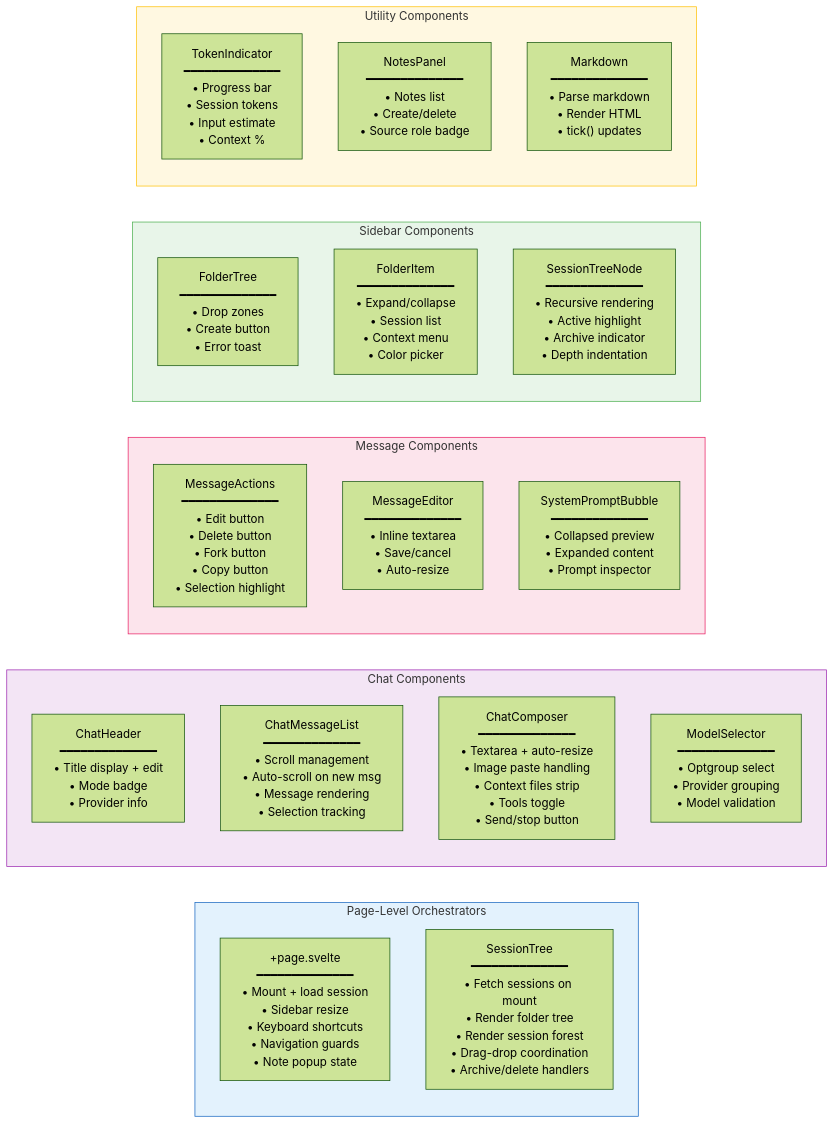
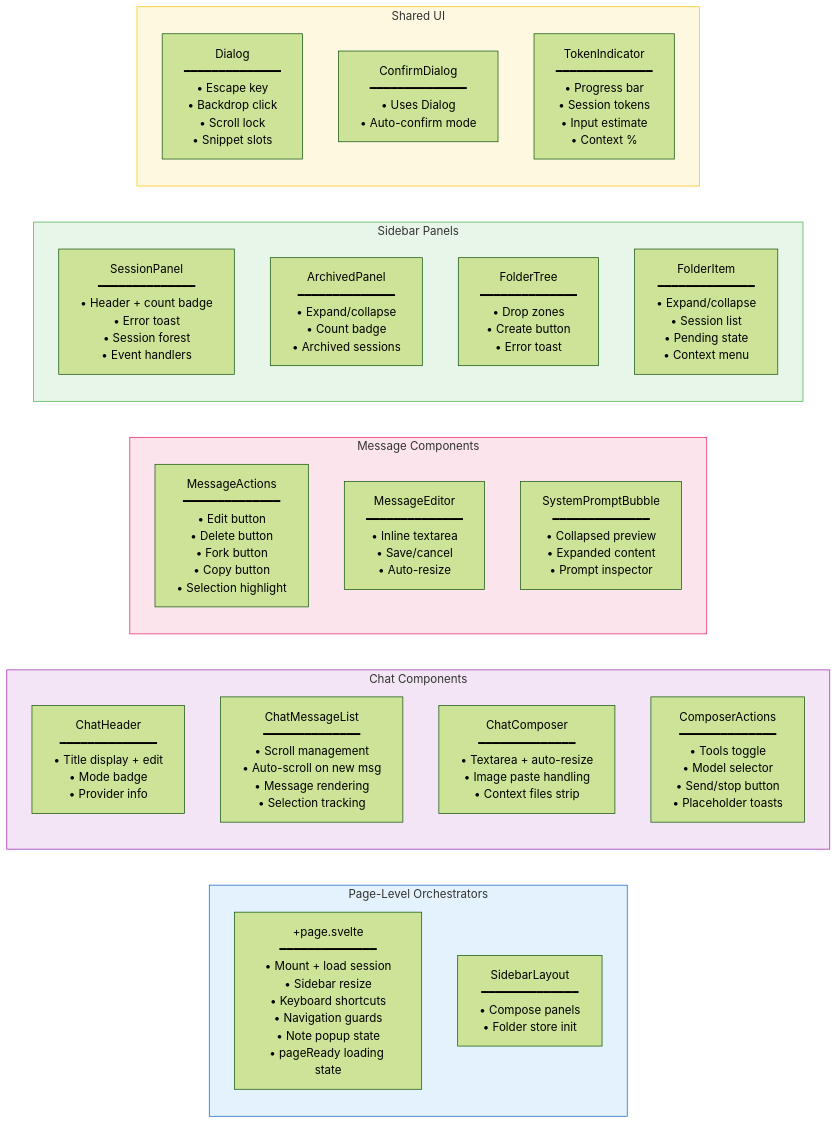
The eighth of 12 diagrams in kitchen-agent/docs/specs/frontend-diagrams.md (m1981/kuchnie), drawn with Mermaid (forest theme) before and after one commit. The commit also changed other lines of this file and 1 other file, not shown here.

First line of the commit message:
docs: update architecture diagrams for refactor v2

````diff
--- a/kitchen-agent/docs/specs/frontend-diagrams.md
+++ b/kitchen-agent/docs/specs/frontend-diagrams.md
@@ -464,38 +523,39 @@
 ```mermaid
 graph LR
     subgraph Orchestration["Page-Level Orchestrators"]
-        ChatPage["+page.svelte<br/>━━━━━━━━━━━━━━<br/>• Mount + load session<br/>• Sidebar resize<br/>• Keyboard shortcuts<br/>• Navigation guards<br/>• Note popup state"]
-        SessionTree["SessionTree<br/>━━━━━━━━━━━━━━<br/>• Fetch sessions on mount<br/>• Render folder tree<br/>• Render session forest<br/>• Drag-drop coordination<br/>• Archive/delete handlers"]
+        ChatPage["+page.svelte<br/>━━━━━━━━━━━━━━<br/>• Mount + load session<br/>• Sidebar resize<br/>• Keyboard shortcuts<br/>• Navigation guards<br/>• Note popup state<br/>• pageReady loading state"]
+        SidebarLayout["SidebarLayout<br/>━━━━━━━━━━━━━━<br/>• Compose panels<br/>• Folder store init"]
     end
 
     subgraph ChatComponents["Chat Components"]
         ChatHeader["ChatHeader<br/>━━━━━━━━━━━━━━<br/>• Title display + edit<br/>• Mode badge<br/>• Provider info"]
         ChatMessageList["ChatMessageList<br/>━━━━━━━━━━━━━━<br/>• Scroll management<br/>• Auto-scroll on new msg<br/>• Message rendering<br/>• Selection tracking"]
-        ChatComposer["ChatComposer<br/>━━━━━━━━━━━━━━<br/>• Textarea + auto-resize<br/>• Image paste handling<br/>• Context files strip<br/>• Tools toggle<br/>• Send/stop button"]
-        ModelSelector["ModelSelector<br/>━━━━━━━━━━━━━━<br/>• Optgroup select<br/>• Provider grouping<br/>• Model validation"]
+        ChatComposer["ChatComposer<br/>━━━━━━━━━━━━━━<br/>• Textarea + auto-resize<br/>• Image paste handling<br/>• Context files strip"]
+        ComposerActions["ComposerActions<br/>━━━━━━━━━━━━━━<br/>• Tools toggle<br/>• Model selector<br/>• Send/stop button<br/>• Placeholder toasts"]
     end
 
     subgraph MessageComponents["Message Components"]
         MessageActions["MessageActions<br/>━━━━━━━━━━━━━━<br/>• Edit button<br/>• Delete button<br/>• Fork button<br/>• Copy button<br/>• Selection highlight"]
         MessageEditor["MessageEditor<br/>━━━━━━━━━━━━━━<br/>• Inline textarea<br/>• Save/cancel<br/>• Auto-resize"]
         SystemPromptBubble["SystemPromptBubble<br/>━━━━━━━━━━━━━━<br/>• Collapsed preview<br/>• Expanded content<br/>• Prompt inspector"]
     end
 
-    subgraph SidebarComponents["Sidebar Components"]
+    subgraph SidebarComponents["Sidebar Panels"]
+        SessionPanel["SessionPanel<br/>━━━━━━━━━━━━━━<br/>• Header + count badge<br/>• Error toast<br/>• Session forest<br/>• Event handlers"]
+        ArchivedPanel["ArchivedPanel<br/>━━━━━━━━━━━━━━<br/>• Expand/collapse<br/>• Count badge<br/>• Archived sessions"]
         FolderTree["FolderTree<br/>━━━━━━━━━━━━━━<br/>• Drop zones<br/>• Create button<br/>• Error toast"]
-        FolderItem["FolderItem<br/>━━━━━━━━━━━━━━<br/>• Expand/collapse<br/>• Session list<br/>• Context menu<br/>• Color picker"]
-        SessionTreeNode["SessionTreeNode<br/>━━━━━━━━━━━━━━<br/>• Recursive rendering<br/>• Active highlight<br/>• Archive indicator<br/>• Depth indentation"]
+        FolderItem["FolderItem<br/>━━━━━━━━━━━━━━<br/>• Expand/collapse<br/>• Session list<br/>• Pending state<br/>• Context menu"]
     end
 
-    subgraph UtilityComponents["Utility Components"]
+    subgraph UIComponents["Shared UI"]
+        Dialog["Dialog<br/>━━━━━━━━━━━━━━<br/>• Escape key<br/>• Backdrop click<br/>• Scroll lock<br/>• Snippet slots"]
+        ConfirmDialog["ConfirmDialog<br/>━━━━━━━━━━━━━━<br/>• Uses Dialog<br/>• Auto-confirm mode"]
         TokenIndicator["TokenIndicator<br/>━━━━━━━━━━━━━━<br/>• Progress bar<br/>• Session tokens<br/>• Input estimate<br/>• Context %"]
-        NotesPanel["NotesPanel<br/>━━━━━━━━━━━━━━<br/>• Notes list<br/>• Create/delete<br/>• Source role badge"]
-        Markdown["Markdown<br/>━━━━━━━━━━━━━━<br/>• Parse markdown<br/>• Render HTML<br/>• tick() updates"]
     end
 
     style Orchestration fill:#e3f2fd,stroke:#1565C0
     style ChatComponents fill:#f3e5f5,stroke:#9C27B0
     style MessageComponents fill:#fce4ec,stroke:#E91E63
     style SidebarComponents fill:#e8f5e9,stroke:#4CAF50
-    style UtilityComponents fill:#fff8e1,stroke:#FFC107
+    style UIComponents fill:#fff8e1,stroke:#FFC107
 ```
````
